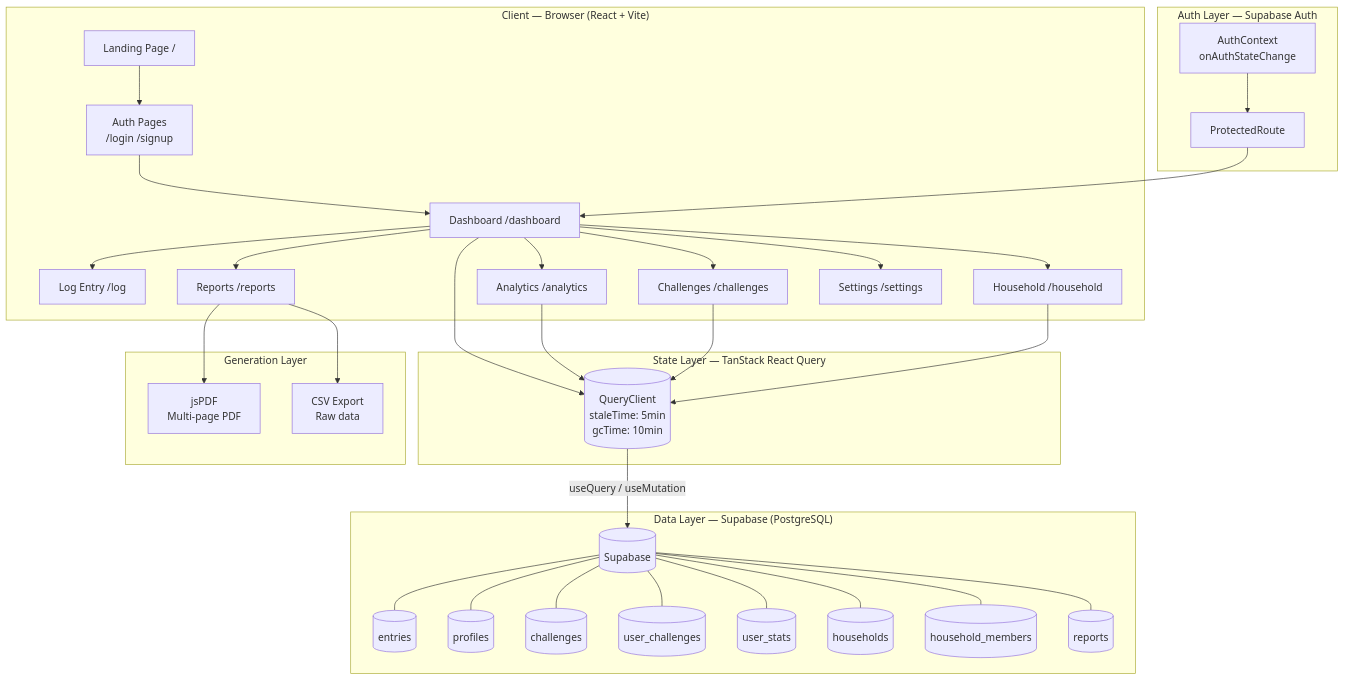
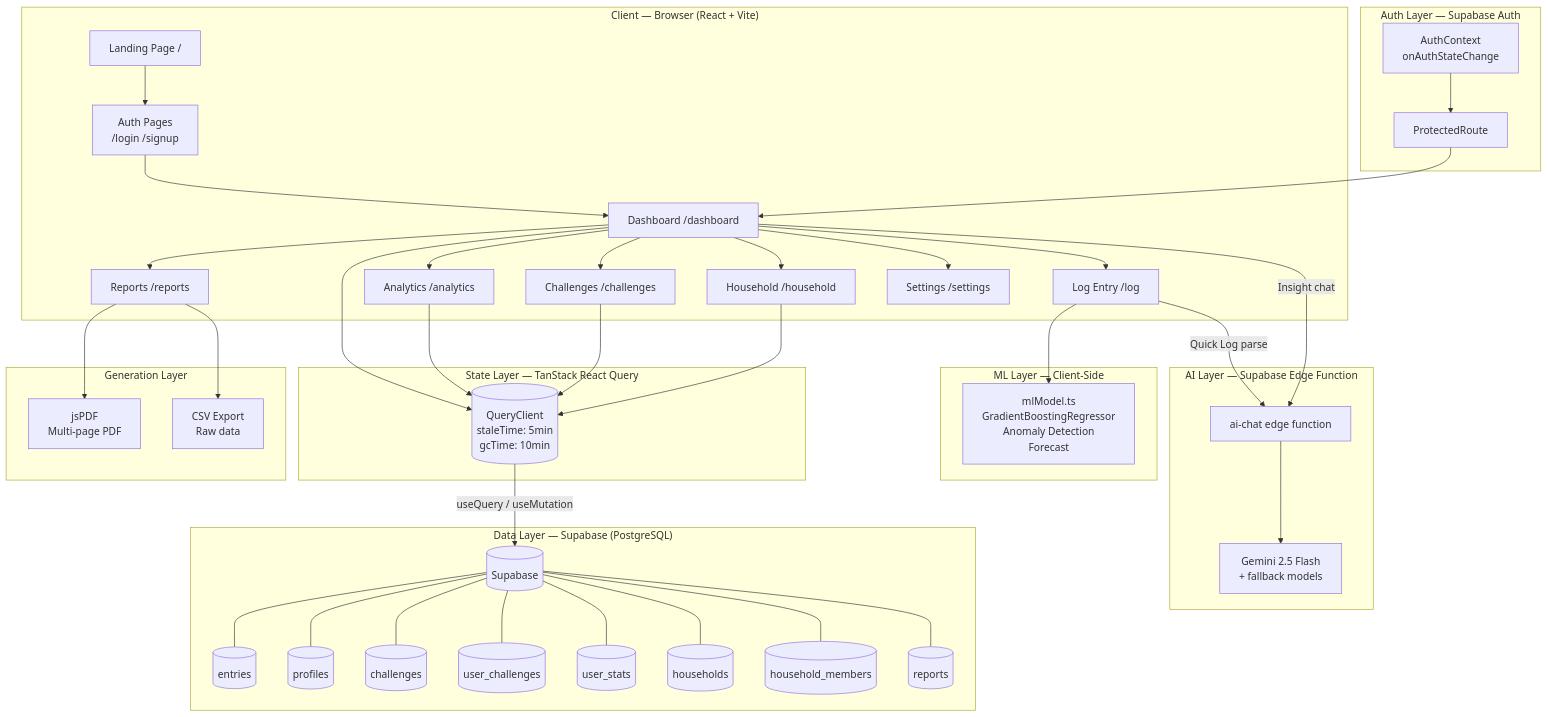
Before and after one commit to Pawanrudupa/carbon-zen-flow: the first of 9 diagrams in README.md, drawn with Mermaid. The commit also changed other lines of this file, not shown here.

First line of the commit message:
Revise README for ML model and feature updates

````diff
--- a/README.md
+++ b/README.md
@@ -222,57 +254,70 @@
 ```mermaid
 graph TB
     subgraph "Client — Browser (React + Vite)"
         LP[Landing Page /] --> AUTH[Auth Pages\n/login /signup]
         AUTH --> DASH[Dashboard /dashboard]
         DASH --> LOG[Log Entry /log]
         DASH --> ANA[Analytics /analytics]
         DASH --> CHL[Challenges /challenges]
         DASH --> HSH[Household /household]
         DASH --> RPT[Reports /reports]
         DASH --> SET[Settings /settings]
     end
 
     subgraph "State Layer — TanStack React Query"
         QC[(QueryClient\nstaleTime: 5min\ngcTime: 10min)]
         DASH --> QC
         ANA --> QC
         CHL --> QC
         HSH --> QC
     end
 
     subgraph "Auth Layer — Supabase Auth"
         AC[AuthContext\nonAuthStateChange]
         PR[ProtectedRoute]
         AC --> PR
         PR --> DASH
+    end
+
+    subgraph "ML Layer — Client-Side"
+        ML[mlModel.ts\nGradientBoostingRegressor\nAnomaly Detection\nForecast]
+        LOG --> ML
+    end
+
+    subgraph "AI Layer — Supabase Edge Function"
+        EF[ai-chat edge function]
+        GEM[Gemini 2.5 Flash\n+ fallback models]
+        EF --> GEM
+        LOG -->|Quick Log parse| EF
+        DASH -->|Insight chat| EF
     end
 
     subgraph "Data Layer — Supabase (PostgreSQL)"
         SB[(Supabase)]
         entries[(entries)]
         profiles[(profiles)]
         challenges[(challenges)]
         user_challenges[(user_challenges)]
         user_stats[(user_stats)]
         households[(households)]
         household_members[(household_members)]
         reports[(reports)]
         SB --- entries
         SB --- profiles
         SB --- challenges
         SB --- user_challenges
         SB --- user_stats
         SB --- households
         SB --- household_members
         SB --- reports
     end
 
     subgraph "Generation Layer"
         PDF[jsPDF\nMulti-page PDF]
         CSV[CSV Export\nRaw data]
     end
 
     QC -->|useQuery / useMutation| SB
     RPT --> PDF
     RPT --> CSV
 ```
````
